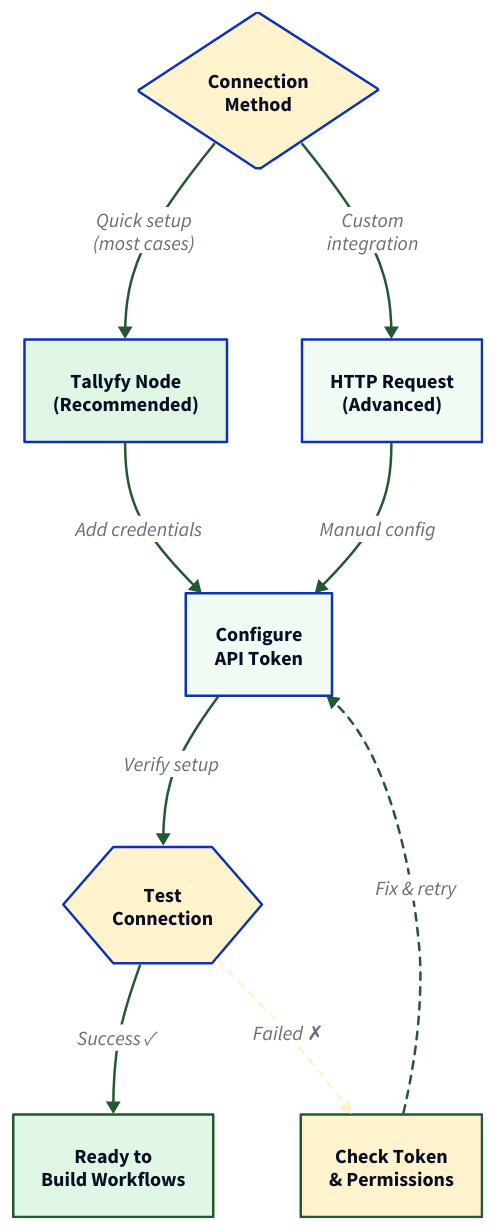
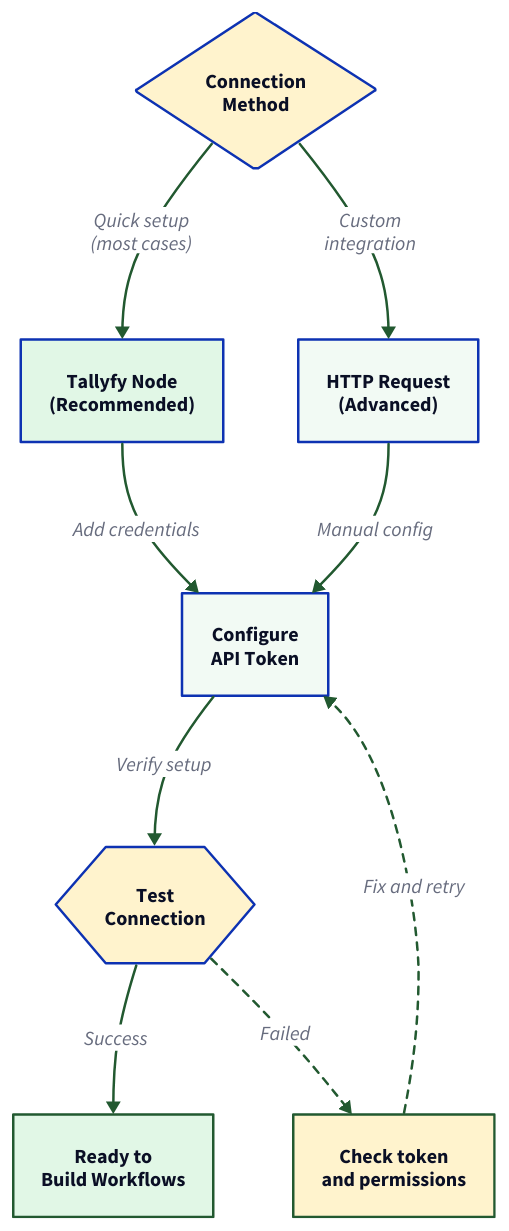
Before and after one commit to tallyfy/documentation: the first of 2 diagrams in src/content/docs/pro/integrations/middleware/n8n/connecting-n8n-to-tallyfy.mdx, drawn with D2. The commit also changed other lines of this file and 13 other files, not shown here.

First line of the commit message:
Redraw 16 diagrams on 14 pages so they read at full size

````diff
--- a/src/content/docs/pro/integrations/middleware/n8n/connecting-n8n-to-tallyfy.mdx
+++ b/src/content/docs/pro/integrations/middleware/n8n/connecting-n8n-to-tallyfy.mdx
@@ -23,77 +23,78 @@
 ```d2
+# Two ways to connect n8n, then one test
 direction: down
 
 Method: "Connection\nMethod" {
   shape: diamond
   style.fill: "#fff3cd"
 }
 
 Node: "Tallyfy Node\n(Recommended)" {
   shape: rectangle
   style.fill: "#e1f7e6"
 }
 
 HTTP: "HTTP Request\n(Advanced)" {
   shape: rectangle
   style.fill: "#f2faf4"
 }
 
 Auth: "Configure\nAPI Token" {
   shape: rectangle
   style.fill: "#f2faf4"
 }
 
 Test: "Test\nConnection" {
   shape: hexagon
   style.fill: "#fff3cd"
 }
 
 Ready: "Ready to\nBuild Workflows" {
   shape: rectangle
   style.fill: "#e1f7e6"
   style.stroke: "#225930"
   style.stroke-width: 2
 }
 
-Debug: "Check Token\n& Permissions" {
+Debug: "Check token\nand permissions" {
   shape: rectangle
   style.fill: "#fff3cd"
   style.stroke: "#225930"
 }
 
 Method -> Node: "Quick setup\n(most cases)" {
   style.stroke: "#225930"
   style.stroke-width: 2
 }
 
 Method -> HTTP: "Custom\nintegration" {
   style.stroke: "#225930"
 }
 
 Node -> Auth: "Add credentials" {
   style.stroke: "#225930"
 }
 
 HTTP -> Auth: "Manual config" {
   style.stroke: "#225930"
 }
 
 Auth -> Test: "Verify setup" {
   style.stroke: "#225930"
 }
 
-Test -> Ready: "Success ✓" {
+Test -> Ready: "Success" {
   style.stroke: "#225930"
   style.stroke-width: 2
 }
 
-Test -> Debug: "Failed ✗" {
-  style.stroke: "#fff3cd"
+Test -> Debug: "Failed" {
+  style.stroke: "#225930"
   style.stroke-dash: 3
 }
 
-Debug -> Auth: "Fix & retry" {
+Debug -> Auth: "Fix and retry" {
   style.stroke: "#225930"
   style.stroke-dash: 3
 }
 ```
````
